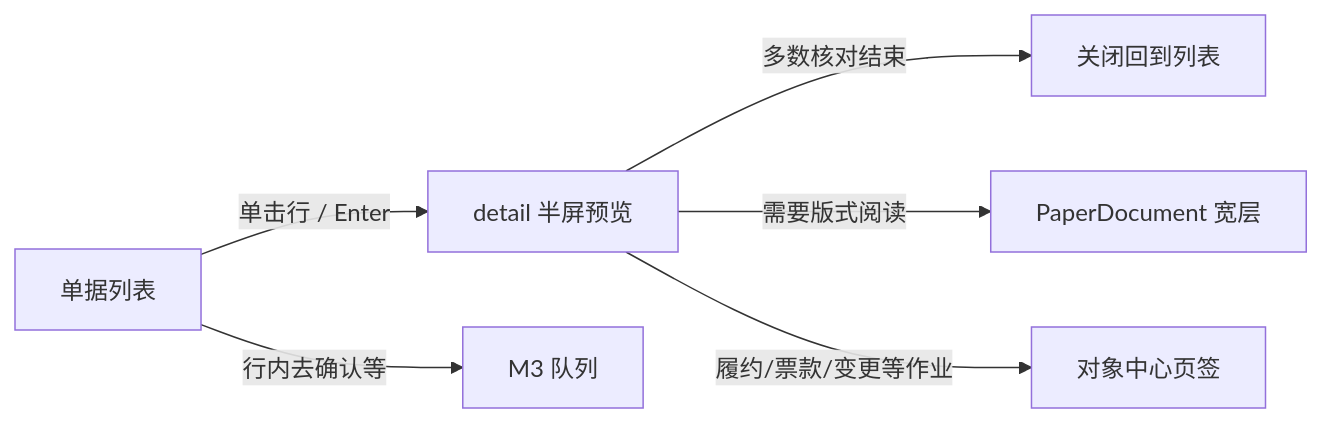
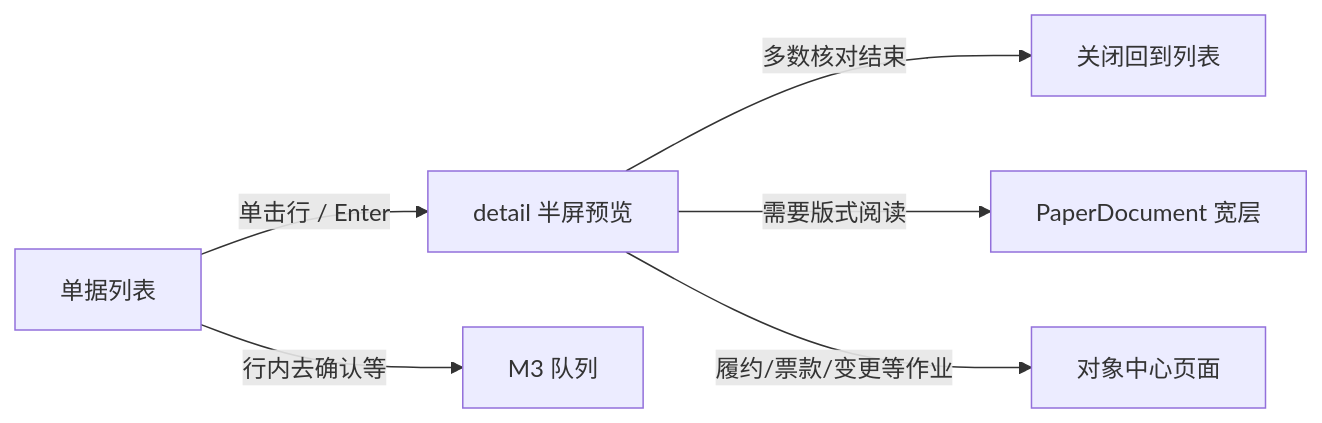
Before and after one commit to mztlive/erp: the first of 5 diagrams in docs/erp-ui-flows.md, drawn with Mermaid. The commit also changed other lines of this file and 100 other files, not shown here.

````diff
--- a/docs/erp-ui-flows.md
+++ b/docs/erp-ui-flows.md
@@ -29,8 +29,8 @@
 ```mermaid
 flowchart LR
   List[单据列表] -->|单击行 / Enter| Detail[detail 半屏预览]
   Detail -->|多数核对结束| Done[关闭回到列表]
   Detail -->|需要版式阅读| Paper[PaperDocument 宽层]
-  Detail -->|履约/票款/变更等作业| Center[对象中心页签]
+  Detail -->|履约/票款/变更等作业| Center[对象中心页面]
   List -->|行内去确认等| Queue[M3 队列]
 ```
````
